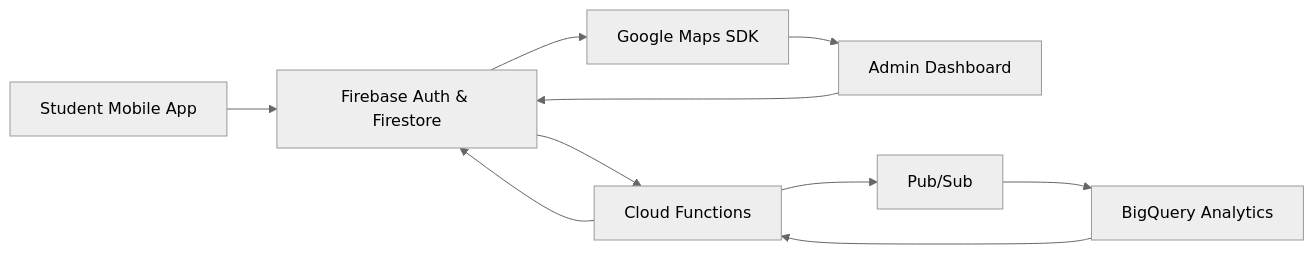
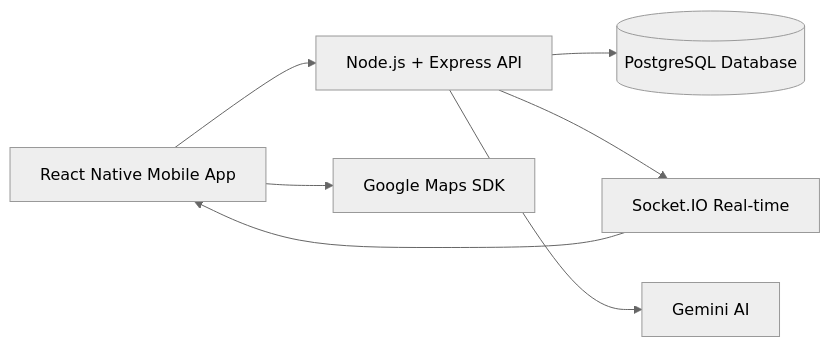
One commit to priyanshumishra610/CampusIQ changed the diagram in README.md. Above: the diagram before and after it, drawn with Mermaid (neutral theme). The commit also changed other lines of this file and 185 other files, not shown here.

Commit message:
Phase 1 Complete: Final Polish, Multi-role System, HR, Faculty & Student Portals, AI Integration, Google Maps, Leave & Holiday Modules, Premium UI & Backend Migration

````diff
--- a/README.md
+++ b/README.md
@@ -125,20 +171,16 @@
 ```mermaid
 flowchart LR
-    StudentApp[Student Mobile App]
-    AdminApp[Admin Dashboard]
-    Firebase[Firebase Auth & Firestore]
-    Functions[Cloud Functions]
-    PubSub[Pub/Sub]
-    BigQuery[BigQuery Analytics]
+    MobileApp[React Native Mobile App]
+    Backend[Node.js + Express API]
+    PostgreSQL[(PostgreSQL Database)]
+    SocketIO[Socket.IO Real-time]
+    AI[Gemini AI]
     Maps[Google Maps SDK]
 
-    StudentApp --> Firebase
-    AdminApp --> Firebase
-    Firebase --> Functions
-    Functions --> PubSub
-    PubSub --> BigQuery
-    BigQuery --> Functions
-    Functions --> Firebase
-    Firebase --> Maps
-    Maps --> AdminApp
+    MobileApp --> Backend
+    Backend --> PostgreSQL
+    Backend --> SocketIO
+    Backend --> AI
+    MobileApp --> Maps
+    SocketIO --> MobileApp
 ```
````
